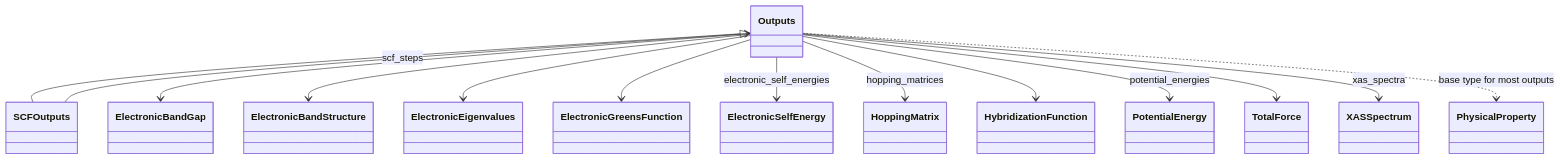
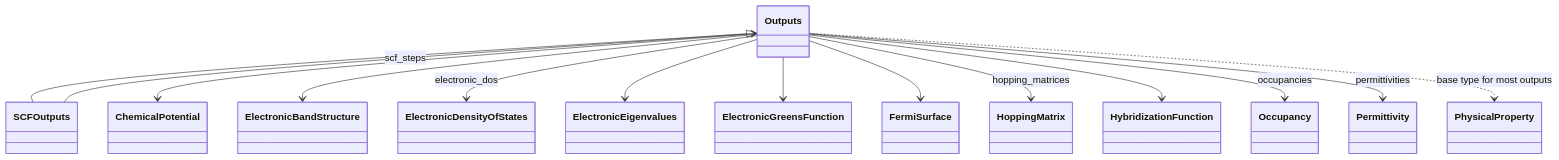
The second of 2 diagrams in docs/schema/outputs.diagram.md (FAIRmat-NFDI/nomad-simulations), drawn with Mermaid before and after one commit. The commit also changed 35 other files, not shown here.

````diff
--- a/docs/schema/outputs.diagram.md
+++ b/docs/schema/outputs.diagram.md
@@ -70,42 +70,42 @@
 ```mermaid
 classDiagram
-    class ElectronicBandGap {
+    class ChemicalPotential {
     }
     class ElectronicBandStructure {
+    }
+    class ElectronicDensityOfStates {
     }
     class ElectronicEigenvalues {
     }
     class ElectronicGreensFunction {
     }
-    class ElectronicSelfEnergy {
+    class FermiSurface {
     }
     class HoppingMatrix {
     }
     class HybridizationFunction {
     }
+    class Occupancy {
+    }
     class Outputs {
+    }
+    class Permittivity {
     }
     class PhysicalProperty {
     }
-    class PotentialEnergy {
-    }
     class SCFOutputs {
     }
-    class TotalForce {
-    }
-    class XASSpectrum {
-    }
     Outputs <|-- SCFOutputs
-    Outputs --> ElectronicBandGap
+    Outputs --> ChemicalPotential
     Outputs --> ElectronicBandStructure
+    Outputs --> ElectronicDensityOfStates : electronic_dos
     Outputs --> ElectronicEigenvalues
     Outputs --> ElectronicGreensFunction
-    Outputs --> ElectronicSelfEnergy : electronic_self_energies
+    Outputs --> FermiSurface
     Outputs --> HoppingMatrix : hopping_matrices
     Outputs --> HybridizationFunction
-    Outputs --> PotentialEnergy : potential_energies
-    Outputs --> TotalForce
-    Outputs --> XASSpectrum : xas_spectra
+    Outputs --> Occupancy : occupancies
+    Outputs --> Permittivity : permittivities
     SCFOutputs --> Outputs : scf_steps
     Outputs ..> PhysicalProperty : base type for most outputs
 ```
````
